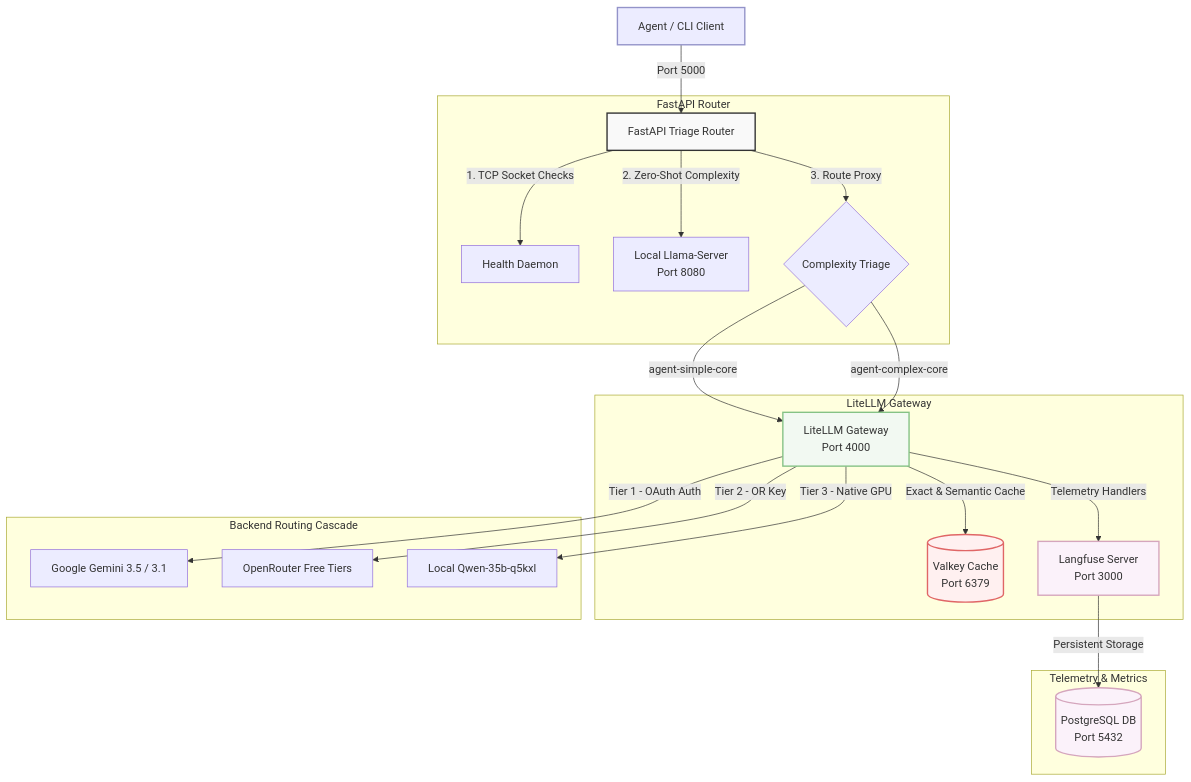
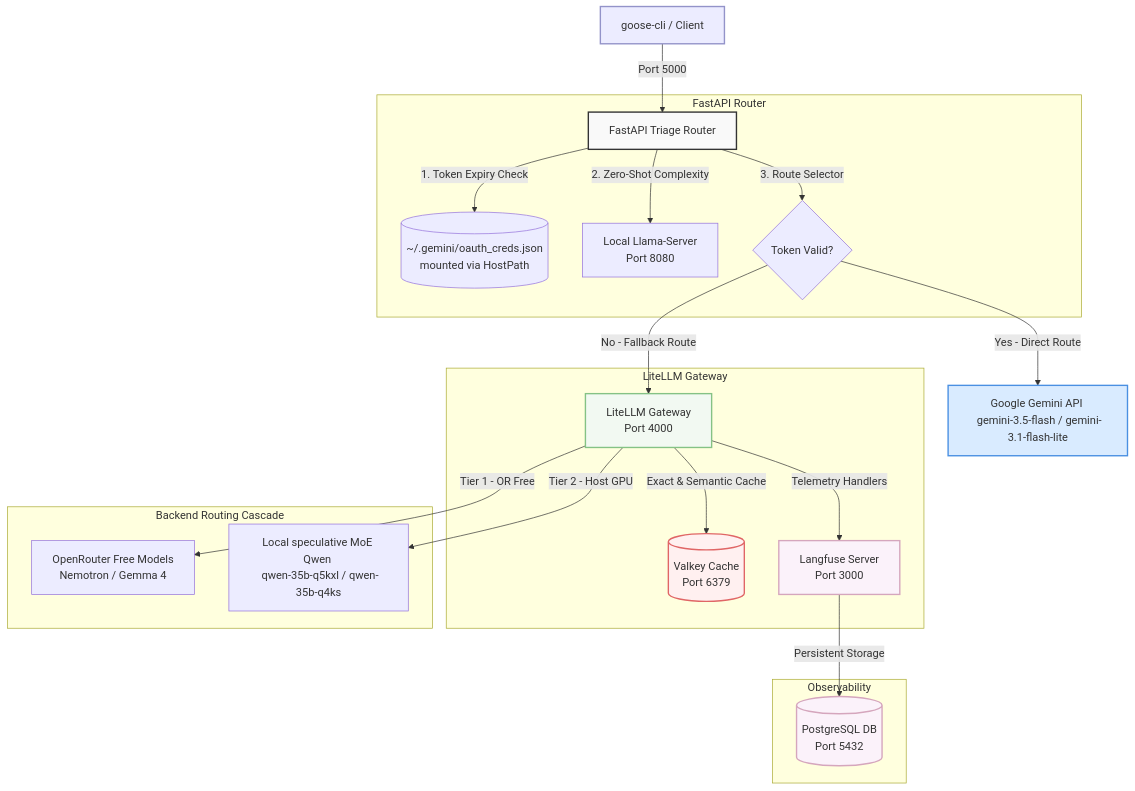
The first of 2 diagrams in README.md (sheepdestroyer/LLM-Routing), drawn with Mermaid before and after one commit. The commit also changed other lines of this file, not shown here.

Commit message:
docs: Align README.md topology diagrams and lifecycle flow with final hybrid routing architecture

````diff
--- a/README.md
+++ b/README.md
@@ -15,35 +15,35 @@
 ```mermaid
 graph TD
-    Client[Agent / CLI Client] -->|Port 5000| Router[FastAPI Triage Router]
+    Client[goose-cli / Client] -->|Port 5000| Router[FastAPI Triage Router]
     
     subgraph FastAPI Router
-        Router -->|1. TCP Socket Checks| Health[Health Daemon]
+        Router -->|1. Token Expiry Check| Creds[(~/.gemini/oauth_creds.json <br> mounted via HostPath)]
         Router -->|2. Zero-Shot Complexity| LlamaServer[Local Llama-Server <br> Port 8080]
-        Router -->|3. Route Proxy| TargetRoute{Complexity Triage}
+        Router -->|3. Route Selector| RouteDecision{Token Valid?}
     end
 
-    TargetRoute -->|"agent-simple-core"| LiteLLM[LiteLLM Gateway <br> Port 4000]
-    TargetRoute -->|"agent-complex-core"| LiteLLM
-
+    RouteDecision -->|Yes - Direct Route| Gemini[Google Gemini API <br> gemini-3.5-flash / gemini-3.1-flash-lite]
+    RouteDecision -->|No - Fallback Route| LiteLLM[LiteLLM Gateway <br> Port 4000]
+    
     subgraph LiteLLM Gateway
         LiteLLM -->|Exact & Semantic Cache| Valkey[(Valkey Cache <br> Port 6379)]
         LiteLLM -->|Telemetry Handlers| Langfuse[Langfuse Server <br> Port 3000]
     end
 
     subgraph Backend Routing Cascade
-        LiteLLM -->|Tier 1 - OAuth Auth| Gemini[Google Gemini 3.5 / 3.1]
-        LiteLLM -->|Tier 2 - OR Key| OpenRouter[OpenRouter Free Tiers]
-        LiteLLM -->|Tier 3 - Native GPU| QwenLocal[Local Qwen-35b-q5kxl]
+        LiteLLM -->|Tier 1 - OR Free| OpenRouter[OpenRouter Free Models <br> Nemotron / Gemma 4]
+        LiteLLM -->|Tier 2 - Host GPU| QwenLocal[Local speculative MoE Qwen <br> qwen-35b-q5kxl / qwen-35b-q4ks]
     end
 
-    subgraph Telemetry & Metrics
+    subgraph Observability
         Langfuse -->|Persistent Storage| Postgres[(PostgreSQL DB <br> Port 5432)]
     end
     
     style Client fill:#ececff,stroke:#9393c9,stroke-width:2px;
     style Router fill:#f9f9f9,stroke:#333,stroke-width:2px;
+    style Gemini fill:#d9ebff,stroke:#4a90e2,stroke-width:2px;
     style LiteLLM fill:#f2f9f2,stroke:#85c285,stroke-width:2px;
     style Valkey fill:#fff0f0,stroke:#e06666,stroke-width:2px;
     style Langfuse fill:#fbf2fa,stroke:#d5a6bd,stroke-width:2px;
     style Postgres fill:#fbf2fa,stroke:#d5a6bd,stroke-width:2px;
 ```
````
